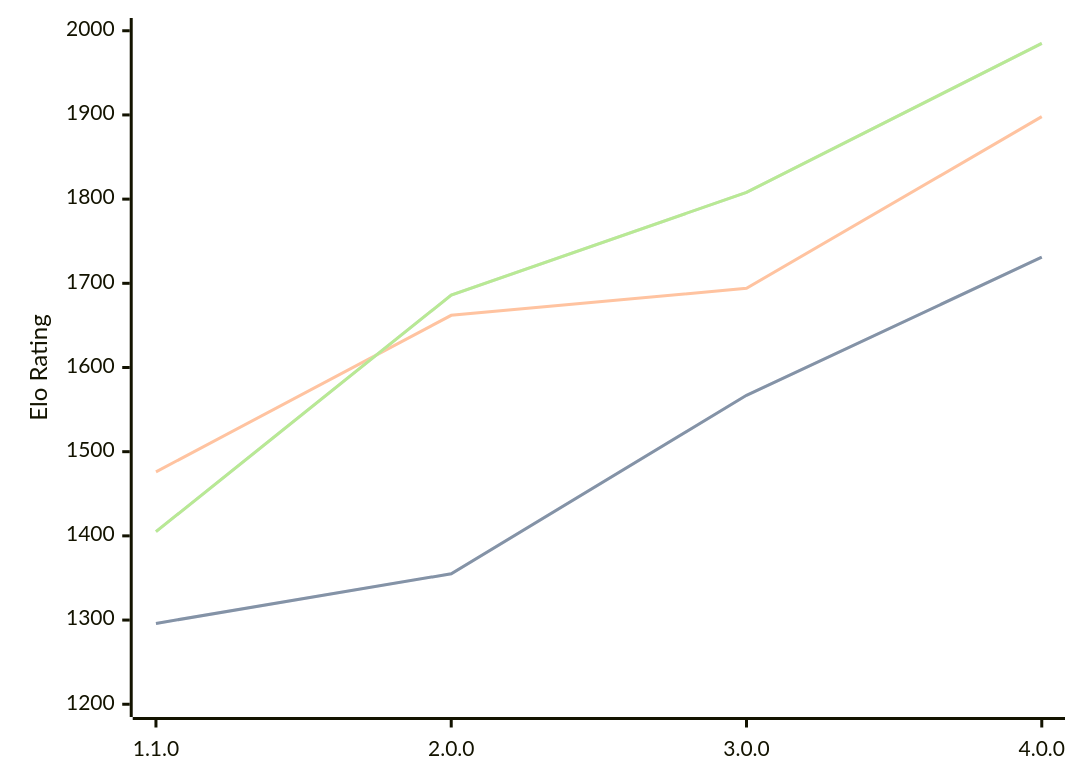
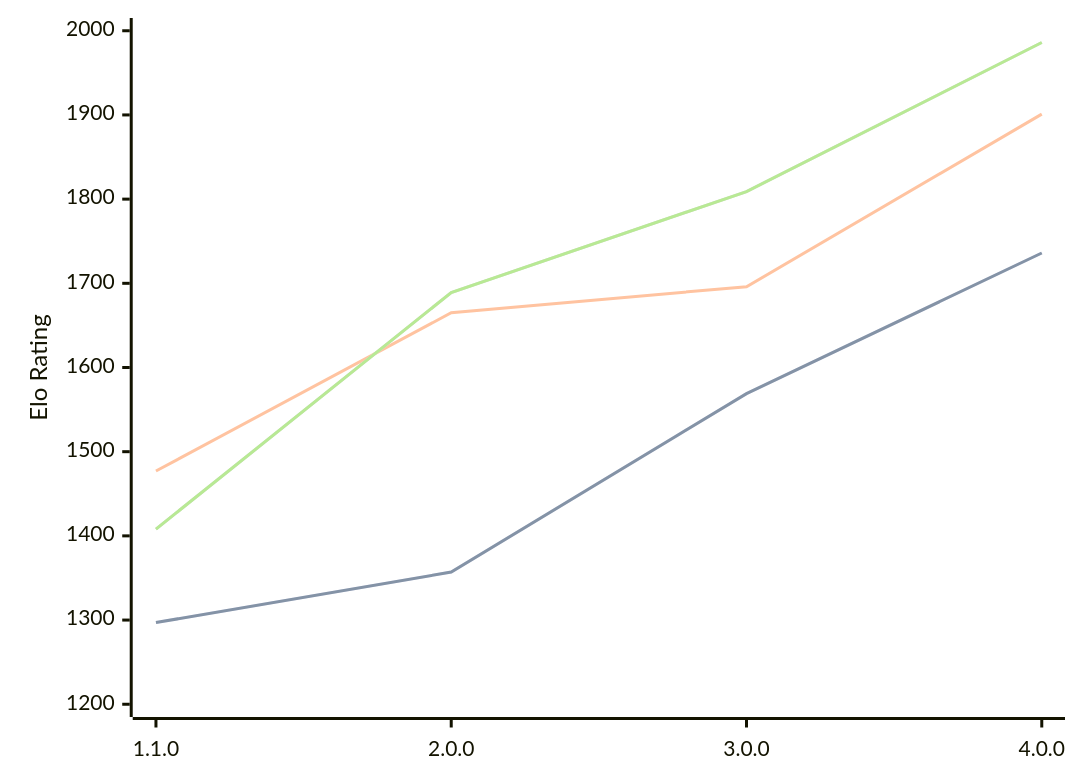
Before and after one commit to computer-chess-index/cci: the diagram in engines/Laura.md, drawn with Mermaid. The commit also changed other lines of this file, not shown here.

Commit message:
Update CCI Ratings (ELO VLTC) - 2026-08-22

````diff
--- a/engines/Laura.md
+++ b/engines/Laura.md
@@ -34,11 +34,11 @@
 ```mermaid
 %%{init: {"theme":"base","themeVariables":{"seriesColors:['#a3a3a3','#222221','#faa371']}}}%%
 xychart-beta
   x-axis ["1.1.0", "2.0.0", "3.0.0", "4.0.0"]
   y-axis "Elo Rating" 1200 --> 2000
-  line "STC (8.0+0.08s)" [1296, 1355, 1567, 1731]
-  line "STC (8.0+0.08s)" [1296, 1355, 1567, 1731]
-  line "LTC (60.0+0.60s)" [1476, 1662, 1694, 1898]
-  line "VLTC (2m24s+1.12s)" [1405, 1686, 1808, 1985]
-  line "VLTC (2m24s+1.12s)" [1405, 1686, 1808, 1985]
+  line "STC (8.0+0.08s)" [1297, 1357, 1569, 1736]
+  line "STC (8.0+0.08s)" [1297, 1357, 1569, 1736]
+  line "LTC (60.0+0.60s)" [1477, 1665, 1696, 1901]
+  line "VLTC (2m24s+1.12s)" [1408, 1689, 1809, 1986]
+  line "VLTC (2m24s+1.12s)" [1408, 1689, 1809, 1986]
 ```
````
